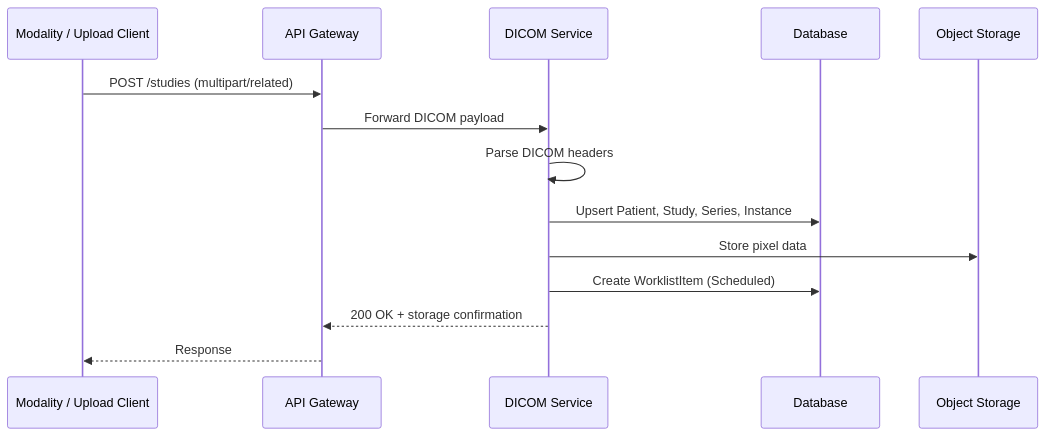
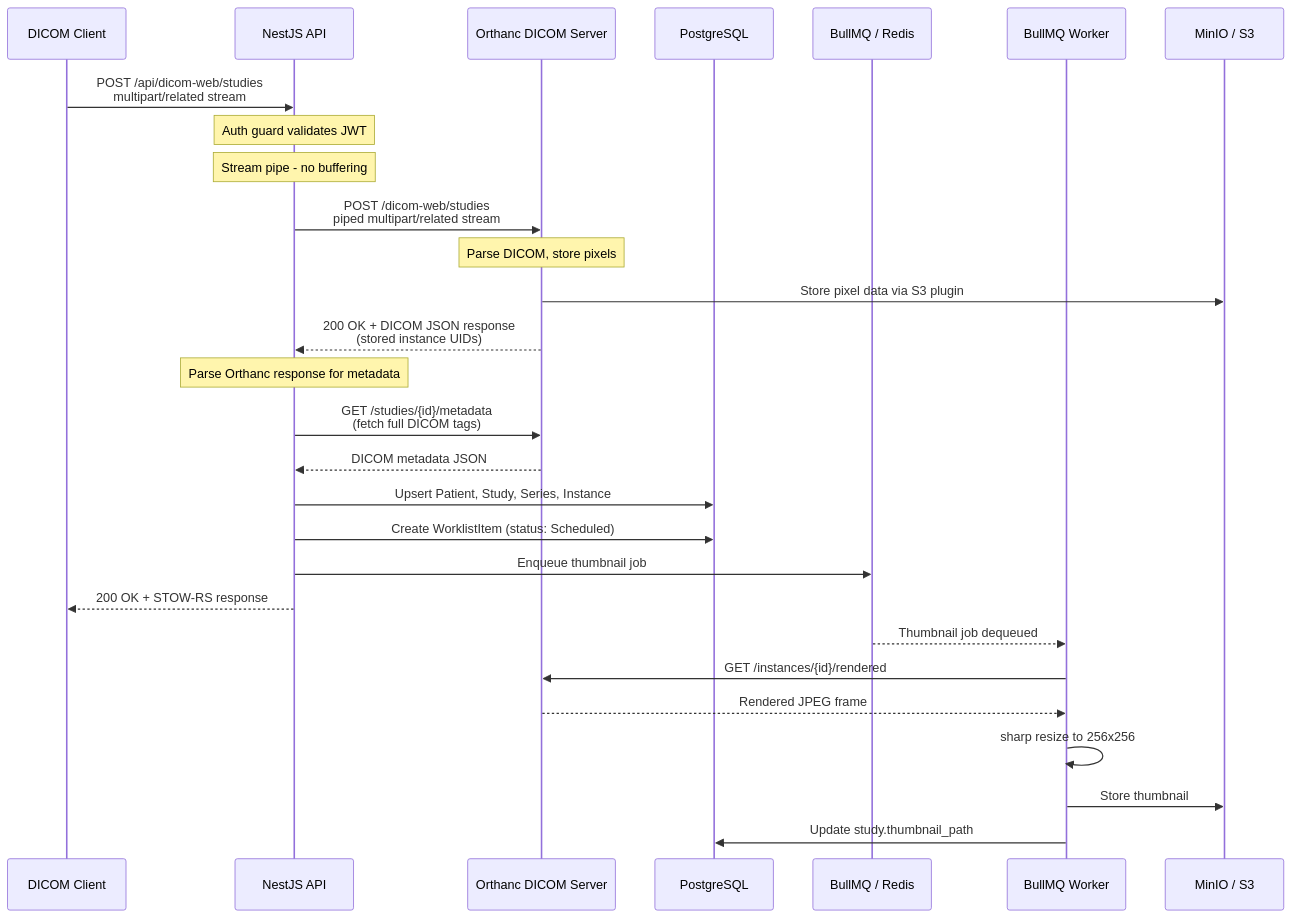
The third of 8 diagrams in templates/ARCHITECTURE.md (whonoahexe/radvault-pacs), drawn with Mermaid before and after one commit. The commit also changed other lines of this file and 1 other file, not shown here.

````diff
--- a/templates/ARCHITECTURE.md
+++ b/templates/ARCHITECTURE.md
@@ -172,18 +261,31 @@
 ```mermaid
 sequenceDiagram
-    %% REPLACE with your actual flow
-    participant M as Modality / Upload Client
-    participant API as API Gateway
-    participant DS as DICOM Service
-    participant DB as Database
-    participant S3 as Object Storage
+    participant Client as DICOM Client
+    participant NestJS as NestJS API
+    participant Orthanc as Orthanc DICOM Server
+    participant PG as PostgreSQL
+    participant Redis as BullMQ / Redis
+    participant Worker as BullMQ Worker
+    participant MinIO as MinIO / S3
 
-    M->>API: POST /studies (multipart/related)
-    API->>DS: Forward DICOM payload
-    DS->>DS: Parse DICOM headers
-    DS->>DB: Upsert Patient, Study, Series, Instance
-    DS->>S3: Store pixel data
-    DS->>DB: Create WorklistItem (Scheduled)
-    DS-->>API: 200 OK + storage confirmation
-    API-->>M: Response
+    Client->>NestJS: POST /api/dicom-web/studies<br/>multipart/related stream
+    Note over NestJS: Auth guard validates JWT
+    Note over NestJS: Stream pipe - no buffering
+    NestJS->>Orthanc: POST /dicom-web/studies<br/>piped multipart/related stream
+    Note over Orthanc: Parse DICOM, store pixels
+    Orthanc->>MinIO: Store pixel data via S3 plugin
+    Orthanc-->>NestJS: 200 OK + DICOM JSON response<br/>(stored instance UIDs)
+    Note over NestJS: Parse Orthanc response for metadata
+    NestJS->>Orthanc: GET /studies/{id}/metadata<br/>(fetch full DICOM tags)
+    Orthanc-->>NestJS: DICOM metadata JSON
+    NestJS->>PG: Upsert Patient, Study, Series, Instance
+    NestJS->>PG: Create WorklistItem (status: Scheduled)
+    NestJS->>Redis: Enqueue thumbnail job
+    NestJS-->>Client: 200 OK + STOW-RS response
+    Redis-->>Worker: Thumbnail job dequeued
+    Worker->>Orthanc: GET /instances/{id}/rendered
+    Orthanc-->>Worker: Rendered JPEG frame
+    Worker->>Worker: sharp resize to 256x256
+    Worker->>MinIO: Store thumbnail
+    Worker->>PG: Update study.thumbnail_path
 ```
````
